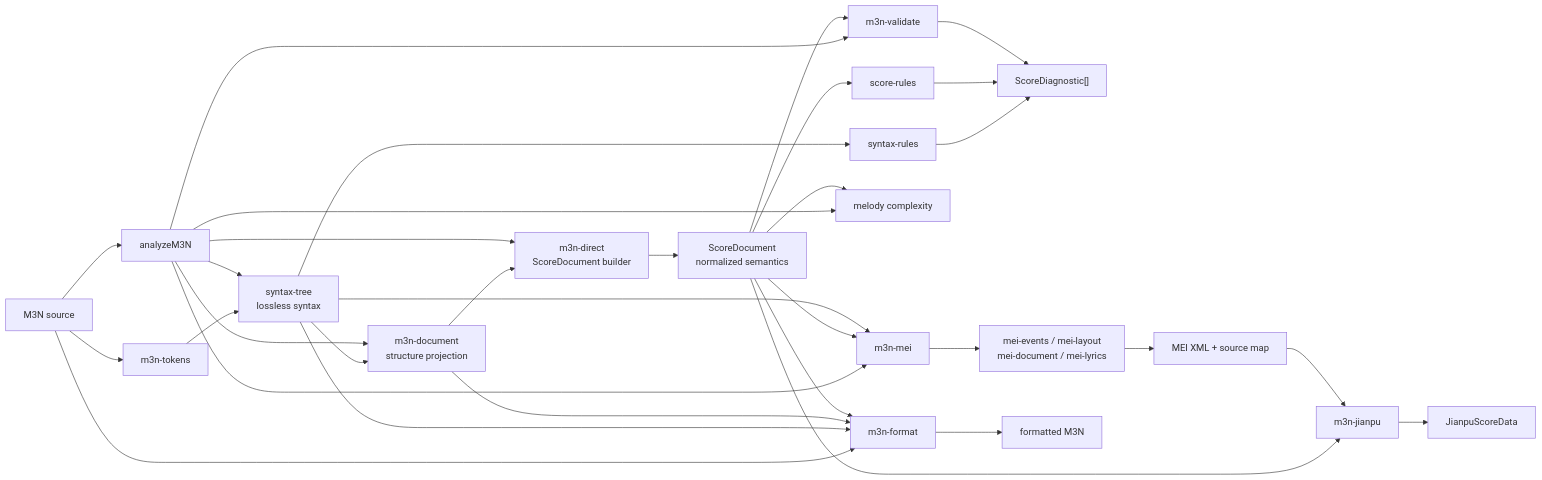
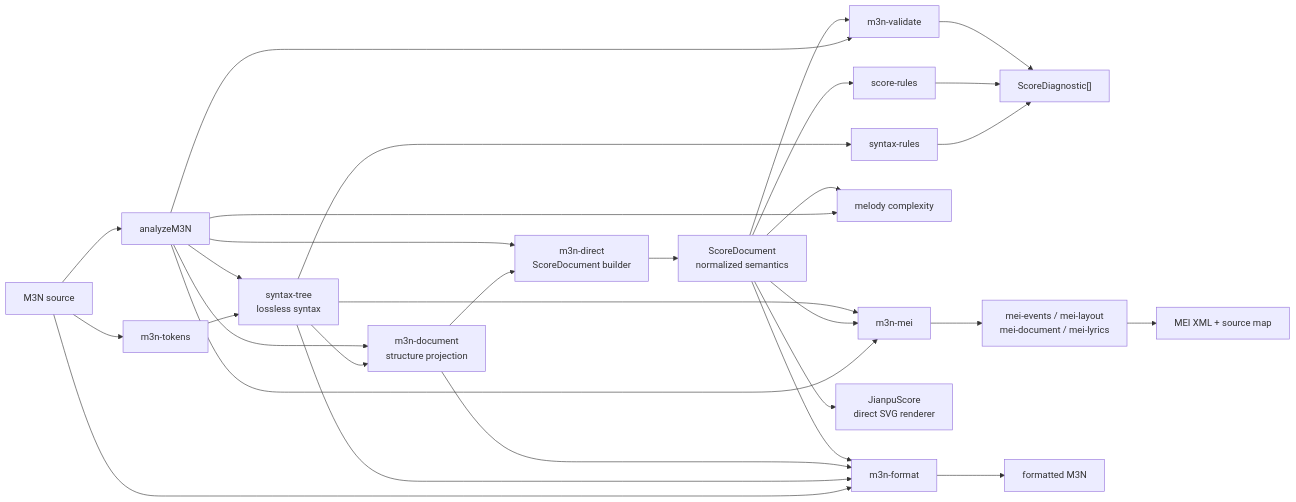
Before and after one commit to huazhechen/m3n: the third of 5 diagrams in docs/CODEGRAPH.md, drawn with Mermaid. The commit also changed other lines of this file and 17 other files, not shown here.

Commit message:
rewrite jianpu rendering from score document

````diff
--- a/docs/CODEGRAPH.md
+++ b/docs/CODEGRAPH.md
@@ -72,44 +72,42 @@
 ```mermaid
 flowchart LR
   source["M3N source"]
   tokens["m3n-tokens"]
   syntax["syntax-tree<br/>lossless syntax"]
   projection["m3n-document<br/>structure projection"]
   direct["m3n-direct<br/>ScoreDocument builder"]
   score["ScoreDocument<br/>normalized semantics"]
   validation["m3n-validate"]
   syntaxRules["syntax-rules"]
   scoreRules["score-rules"]
   diagnostics["ScoreDiagnostic[]"]
   analysis["analyzeM3N"]
   complexity["melody complexity"]
   mei["m3n-mei"]
-  jianpu["m3n-jianpu"]
-  jianpuData["JianpuScoreData"]
+  jianpu["JianpuScore<br/>direct SVG renderer"]
   meiParts["mei-events / mei-layout<br/>mei-document / mei-lyrics"]
   xml["MEI XML + source map"]
   format["m3n-format"]
   formatted["formatted M3N"]
 
   source --> tokens --> syntax --> projection --> direct --> score
   source --> analysis
   analysis --> syntax
   analysis --> projection
   analysis --> direct
   analysis --> validation
   analysis --> complexity
   analysis --> mei
   syntax --> syntaxRules --> diagnostics
   score --> scoreRules --> diagnostics
   score --> validation --> diagnostics
   score --> complexity
   score --> mei
   syntax --> mei
   mei --> meiParts --> xml
-  score --> jianpu --> jianpuData
-  xml --> jianpu
+  score --> jianpu
   source --> format
   syntax --> format
   projection --> format
   score --> format --> formatted
 ```
````
